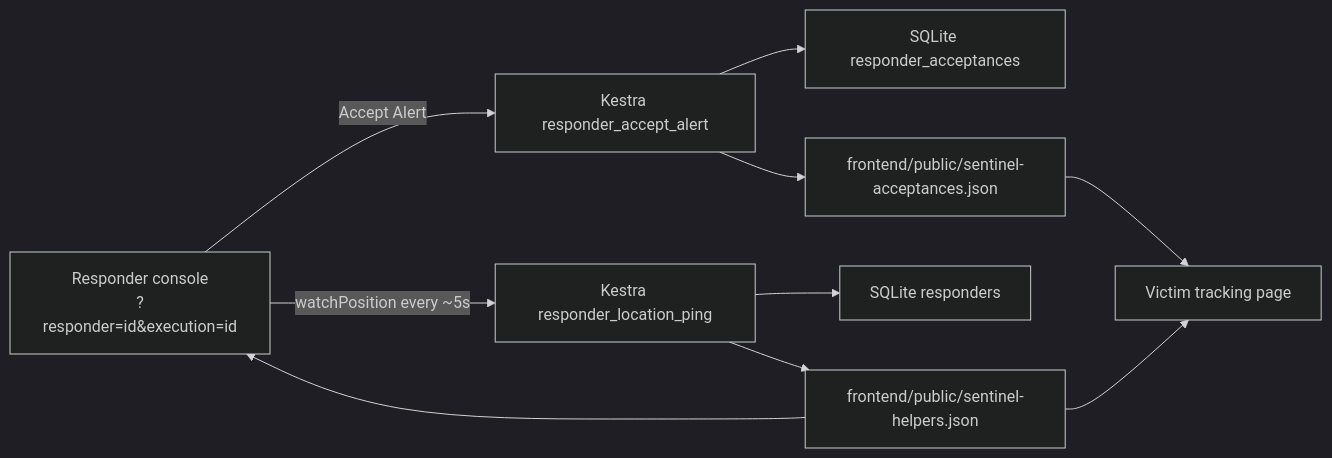
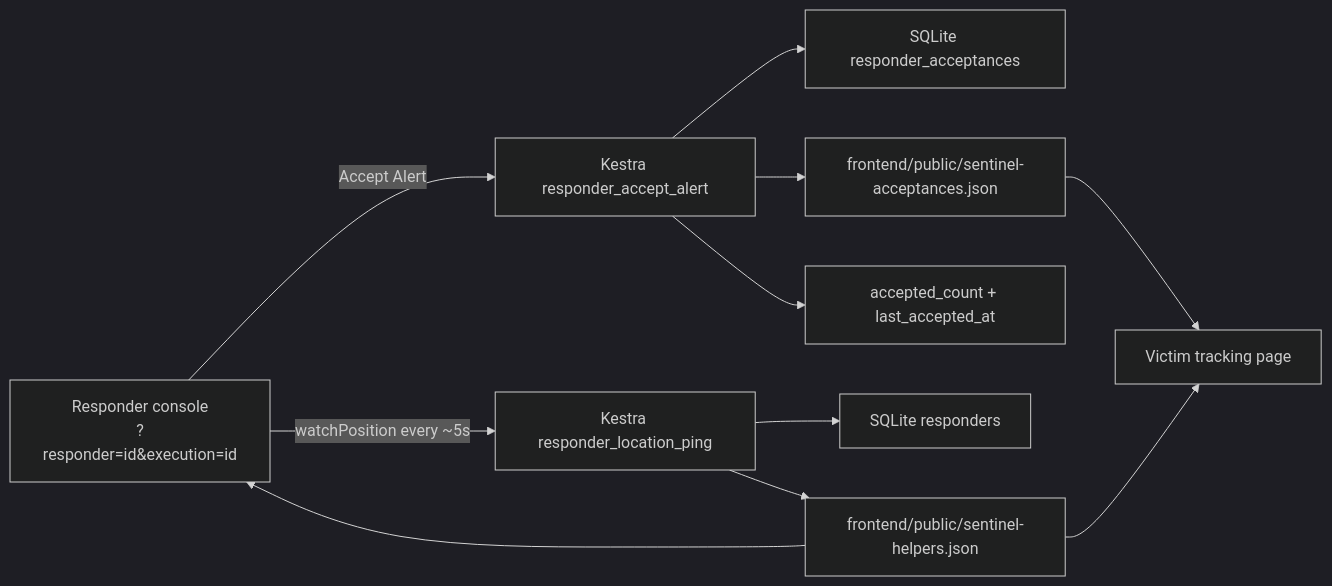
One commit to FiscalMindset/women changed the second of 6 diagrams in technical.md. Above: the diagram before and after it, drawn with Mermaid (dark theme). The commit also changed other lines of this file and 13 other files, not shown here.

````diff
--- a/technical.md
+++ b/technical.md
@@ -47,12 +47,13 @@
 ```mermaid
 flowchart LR
   R["Responder console<br/>?responder=id&execution=id"] -->|Accept Alert| A["Kestra responder_accept_alert"]
   R -->|watchPosition every ~5s| L["Kestra responder_location_ping"]
   A --> DB1["SQLite responder_acceptances"]
   L --> DB2["SQLite responders"]
   A --> AJ["frontend/public/sentinel-acceptances.json"]
   L --> HJ["frontend/public/sentinel-helpers.json"]
+  A --> C["accepted_count + last_accepted_at"]
   AJ --> V["Victim tracking page"]
   HJ --> V
   HJ --> R
 ```
````
